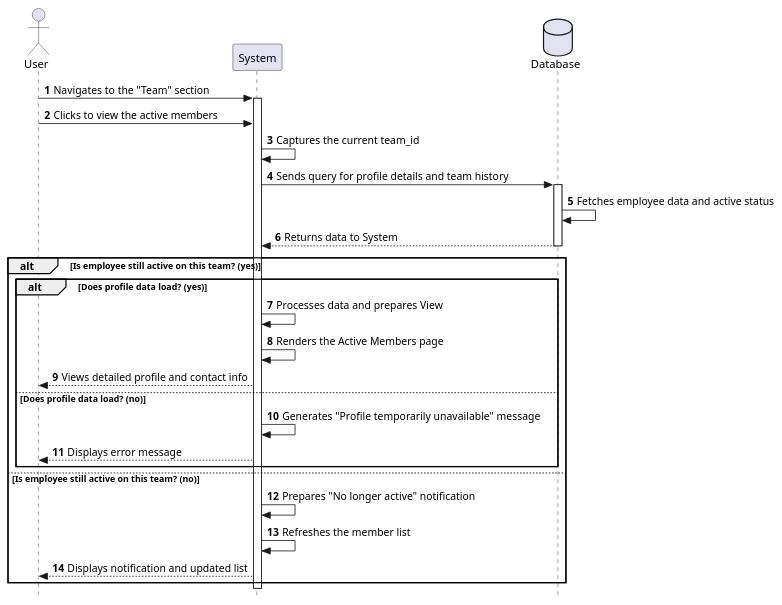
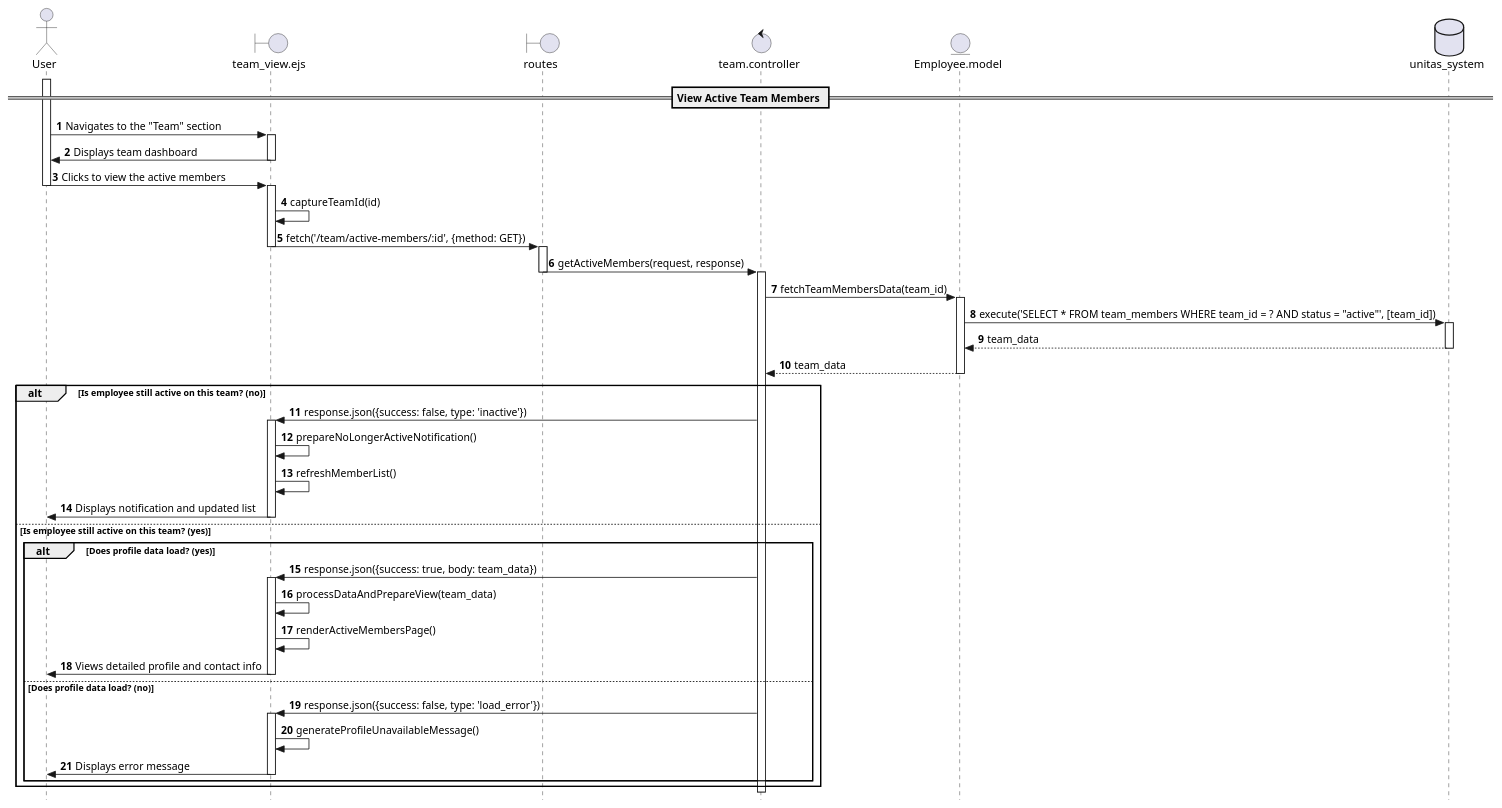
One commit to Berthou05/LimboSoftwareDevelopment_Change.org changed the diagram in documentation/sequence_diagrams/TEAM-05-SD.puml. Above: the diagram before and after it, drawn with PlantUML. The commit also changed 19 other files, not shown here.

Commit message:
[CHORE] moved activity diagrams to sequence_diagrams folder

```diff
--- a/documentation/sequence_diagrams/TEAM-05-SD.puml
+++ b/documentation/sequence_diagrams/TEAM-05-SD.puml
@@ -1,36 +1,72 @@
 @startuml
+skinparam style strictuml
+
+actor User as U
+boundary "team_view.ejs" as V
+boundary "routes" as RO
+control "team.controller" as C
+entity "Employee.model" as M
+database "unitas_system" as DB
+
 autonumber
-skinparam Style strictuml
 
-actor User
-participant "System" as Sys
-database "Database" as DB
+== View Active Team Members ==
 
-User -> Sys: Navigates to the "Team" section
-activate Sys
-User -> Sys: Clicks to view the active members
+activate U
+U -> V: Navigates to the "Team" section
+activate V
+V -> U: Displays team dashboard
+deactivate V
 
-Sys -> Sys: Captures the current team_id
-Sys -> DB: Sends query for profile details and team history
+U -> V: Clicks to view the active members
+deactivate U
+
+activate V
+V -> V: captureTeamId(id)
+V -> RO: fetch('/team/active-members/:id', {method: GET})
+deactivate V
+
+activate RO
+RO -> C: getActiveMembers(request, response)
+deactivate RO
+
+activate C
+C -> M: fetchTeamMembersData(team_id)
+activate M
+
+M -> DB: execute('SELECT * FROM team_members WHERE team_id = ? AND status = "active"', [team_id])
 activate DB
-DB -> DB: Fetches employee data and active status
-DB --> Sys: Returns data to System
+DB --> M: team_data
 deactivate DB
 
-alt Is employee still active on this team? (yes)
+M --> C: team_data
+deactivate M
+
+alt Is employee still active on this team? (no)
+    C -> V: response.json({success: false, type: 'inactive'})
+    activate V
+    V -> V: prepareNoLongerActiveNotification()
+    V -> V: refreshMemberList()
+    V -> U: Displays notification and updated list
+    deactivate V
+
+else Is employee still active on this team? (yes)
     alt Does profile data load? (yes)
-        Sys -> Sys: Processes data and prepares View
-        Sys -> Sys: Renders the Active Members page
-        Sys --> User: Views detailed profile and contact info
+        C -> V: response.json({success: true, body: team_data})
+        activate V
+        V -> V: processDataAndPrepareView(team_data)
+        V -> V: renderActiveMembersPage()
+        V -> U: Views detailed profile and contact info
+        deactivate V
     else Does profile data load? (no)
-        Sys -> Sys: Generates "Profile temporarily unavailable" message
-        Sys --> User: Displays error message
+        C -> V: response.json({success: false, type: 'load_error'})
+        activate V
+        V -> V: generateProfileUnavailableMessage()
+        V -> U: Displays error message
+        deactivate V
     end
-else Is employee still active on this team? (no)
-    Sys -> Sys: Prepares "No longer active" notification
-    Sys -> Sys: Refreshes the member list
-    Sys --> User: Displays notification and updated list
 end
 
-deactivate Sys
+deactivate C
+
 @enduml
```
